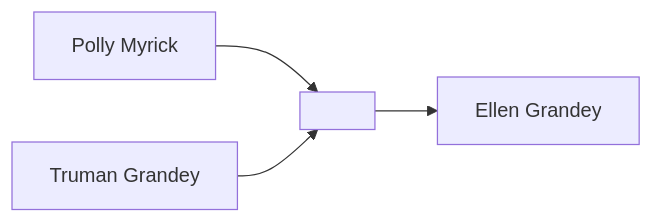
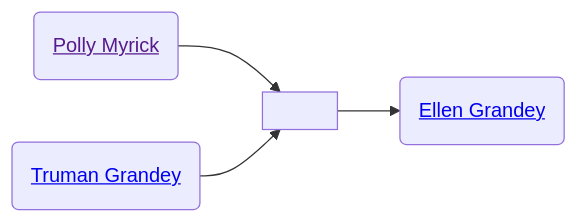
Before and after one commit to neelsmith/avocational: the diagram in familyhistory/sources/people/Merrill-line/White-line/Grandey/Polly_Myrick.qmd, drawn with Mermaid. The commit also changed 71 other files, not shown here.

````diff
--- a/familyhistory/sources/people/Merrill-line/White-line/Grandey/Polly_Myrick.qmd
+++ b/familyhistory/sources/people/Merrill-line/White-line/Grandey/Polly_Myrick.qmd
@@ -26,6 +26,11 @@
 ```{mermaid}
 graph LR
-Polly_Myrick[Polly Myrick] --> Polly_Myrick+Truman_Grandey[ ]
-Truman_Grandey[Truman Grandey] --> Polly_Myrick+Truman_Grandey[ ]
-Polly_Myrick+Truman_Grandey[ ] --> Ellen_Grandey[Ellen Grandey]
+class Polly_Myrick_and_Truman_Grandey marriage
+Polly_Myrick(<a href=''>Polly Myrick</>) --> Polly_Myrick_and_Truman_Grandey[ ]
+Truman_Grandey(<a href='./../../Grandey-line/Truman_Grandey.html'>Truman Grandey</>) --> Polly_Myrick_and_Truman_Grandey(( ))
+Polly_Myrick_and_Truman_Grandey[ ] --> Ellen_Grandey(<a href='./../../Grandey-line/Ellen_Grandey.html'>Ellen Grandey</>)
+classDef mother fill:#ffd1dc
+classDef father fill:#daf0f7  
+classDef marriage fill:#ffffff
+
 ```
````
